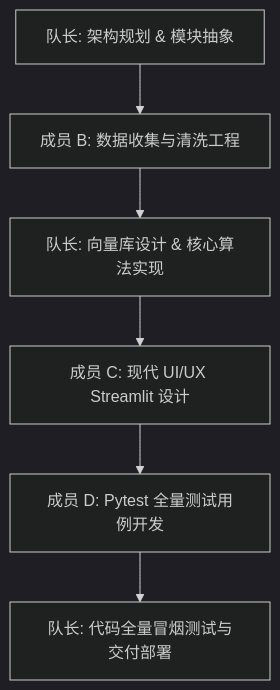
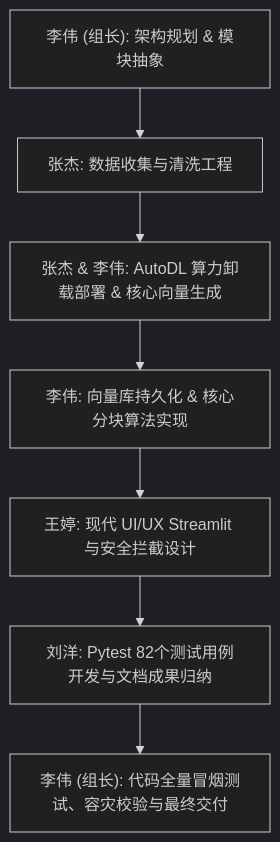
Before and after one commit to liwe123/Date-Analysis-Fanal-Exem: the diagram in final exam2/report/task_division.md, drawn with Mermaid (dark theme). The commit also changed other lines of this file and 1 other file, not shown here.

Commit message:
docs: 完美在 6 页学术版 report_ieee.html 中融合 AutoDL 100万数据算力卸载，更新团队 4 人中英文实名分工表

````diff
--- a/final exam2/report/task_division.md
+++ b/final exam2/report/task_division.md
@@ -22,8 +22,9 @@
 ```mermaid
 graph TD
-    A["队长: 架构规划 & 模块抽象"] --> B["成员 B: 数据收集与清洗工程"]
-    B --> C["队长: 向量库设计 & 核心算法实现"]
-    C --> D["成员 C: 现代 UI/UX Streamlit 设计"]
-    D --> E["成员 D: Pytest 全量测试用例开发"]
-    E --> F["队长: 代码全量冒烟测试与交付部署"]
+    A["李伟 (组长): 架构规划 & 模块抽象"] --> B["张杰: 数据收集与清洗工程"]
+    B --> C["张杰 & 李伟: AutoDL 算力卸载部署 & 核心向量生成"]
+    C --> D["李伟: 向量库持久化 & 核心分块算法实现"]
+    D --> E["王婷: 现代 UI/UX Streamlit 与安全拦截设计"]
+    E --> F["刘洋: Pytest 82个测试用例开发与文档成果归纳"]
+    F --> G["李伟 (组长): 代码全量冒烟测试、容灾校验与最终交付"]
 ```
````
